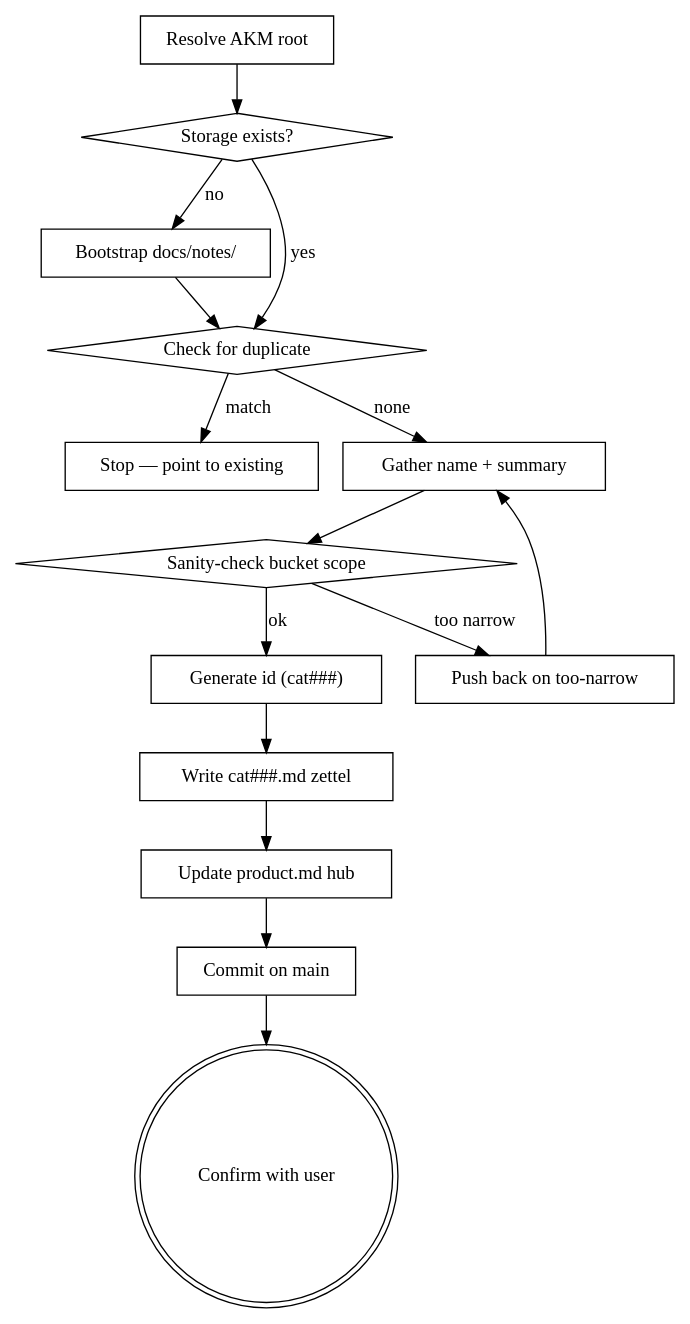
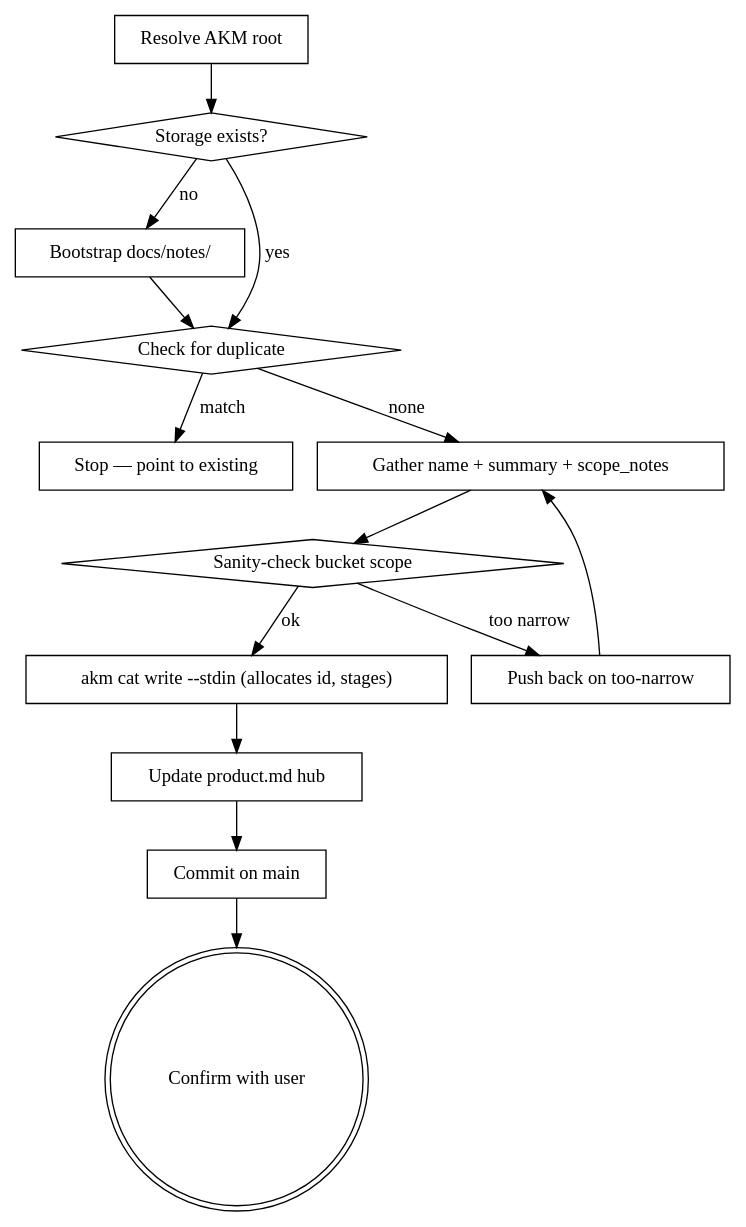
The diagram in claude/marketplace/plugins/infinifu/skills/category-write/SKILL.md (b3tchi/dotfiles), drawn with Graphviz before and after one commit. The commit also changed other lines of this file and 2 other files, not shown here.

First line of the commit message:
feat(akm): cat read|list|write — sp004 type 1/6 (cat)

````diff
--- a/claude/marketplace/plugins/infinifu/skills/category-write/SKILL.md
+++ b/claude/marketplace/plugins/infinifu/skills/category-write/SKILL.md
@@ -106,32 +110,30 @@
 ```dot
 digraph category_create {
     "Resolve AKM root" [shape=box];
     "Storage exists?" [shape=diamond];
     "Bootstrap docs/notes/" [shape=box];
     "Check for duplicate" [shape=diamond];
     "Stop — point to existing" [shape=box];
-    "Gather name + summary" [shape=box];
+    "Gather name + summary + scope_notes" [shape=box];
     "Sanity-check bucket scope" [shape=diamond];
     "Push back on too-narrow" [shape=box];
-    "Generate id (cat###)" [shape=box];
-    "Write cat###.md zettel" [shape=box];
+    "akm cat write --stdin (allocates id, stages)" [shape=box];
     "Update product.md hub" [shape=box];
     "Commit on main" [shape=box];
     "Confirm with user" [shape=doublecircle];
 
     "Resolve AKM root" -> "Storage exists?";
     "Storage exists?" -> "Bootstrap docs/notes/" [label="no"];
     "Storage exists?" -> "Check for duplicate" [label="yes"];
     "Bootstrap docs/notes/" -> "Check for duplicate";
     "Check for duplicate" -> "Stop — point to existing" [label="match"];
-    "Check for duplicate" -> "Gather name + summary" [label="none"];
-    "Gather name + summary" -> "Sanity-check bucket scope";
+    "Check for duplicate" -> "Gather name + summary + scope_notes" [label="none"];
+    "Gather name + summary + scope_notes" -> "Sanity-check bucket scope";
     "Sanity-check bucket scope" -> "Push back on too-narrow" [label="too narrow"];
-    "Push back on too-narrow" -> "Gather name + summary";
-    "Sanity-check bucket scope" -> "Generate id (cat###)" [label="ok"];
-    "Generate id (cat###)" -> "Write cat###.md zettel";
-    "Write cat###.md zettel" -> "Update product.md hub";
+    "Push back on too-narrow" -> "Gather name + summary + scope_notes";
+    "Sanity-check bucket scope" -> "akm cat write --stdin (allocates id, stages)" [label="ok"];
+    "akm cat write --stdin (allocates id, stages)" -> "Update product.md hub";
     "Update product.md hub" -> "Commit on main";
     "Commit on main" -> "Confirm with user";
 }
 ```
````
